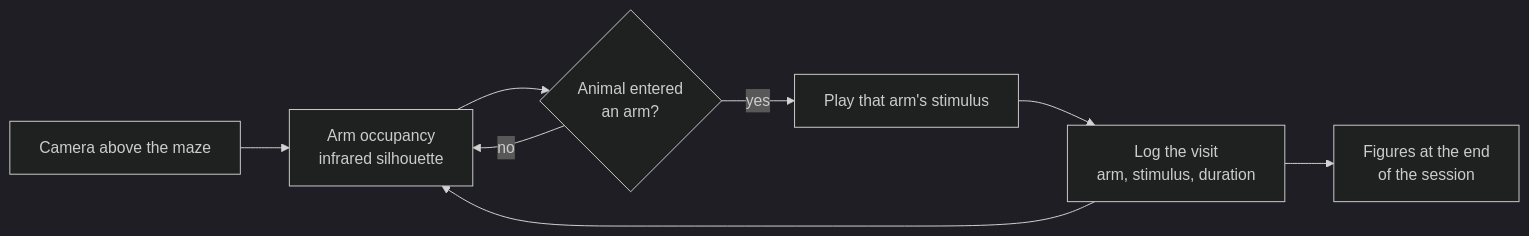
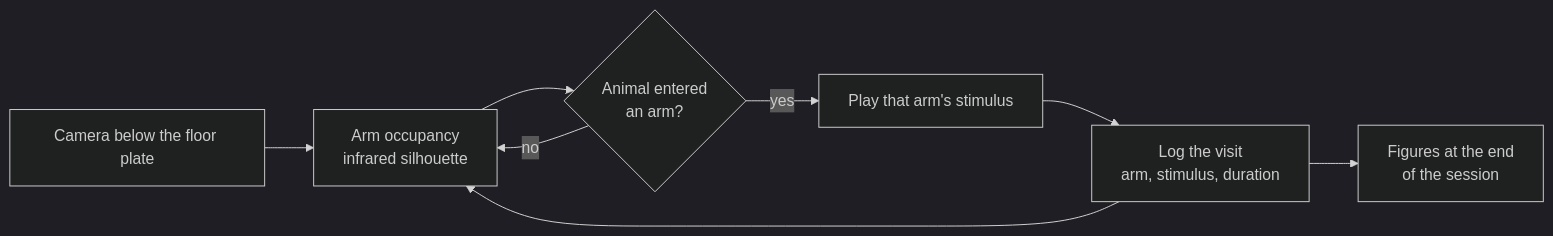
The first of 2 diagrams in docs/index.md (MaravallLab/aMAZEing-maze), drawn with Mermaid (dark theme) before and after one commit. The commit also changed 2 other files, not shown here.

Commit message:
Correct the camera position: both paradigms film from below
The build page and the tactile page said the auditory maze was filmed
from above and only the tactile one through the floor. Both are filmed
from below, through the infrared-transmitting plate, with the illuminator
above.

The camera arrangement therefore belongs in the shared assembly section
rather than being introduced again as something the tactile paradigm
adds, so that repeated subsection is gone and the checklists say where
the camera is once.

````diff
--- a/docs/index.md
+++ b/docs/index.md
@@ -49,10 +49,10 @@
 ```mermaid
 flowchart LR
-    A[Camera above the maze] --> B[Arm occupancy<br/>infrared silhouette]
+    A[Camera below the floor plate] --> B[Arm occupancy<br/>infrared silhouette]
     B --> C{Animal entered<br/>an arm?}
     C -- yes --> D[Play that arm's stimulus]
     C -- no --> B
     D --> E[Log the visit<br/>arm, stimulus, duration]
     E --> B
     E --> F[Figures at the end<br/>of the session]
 ```
````
